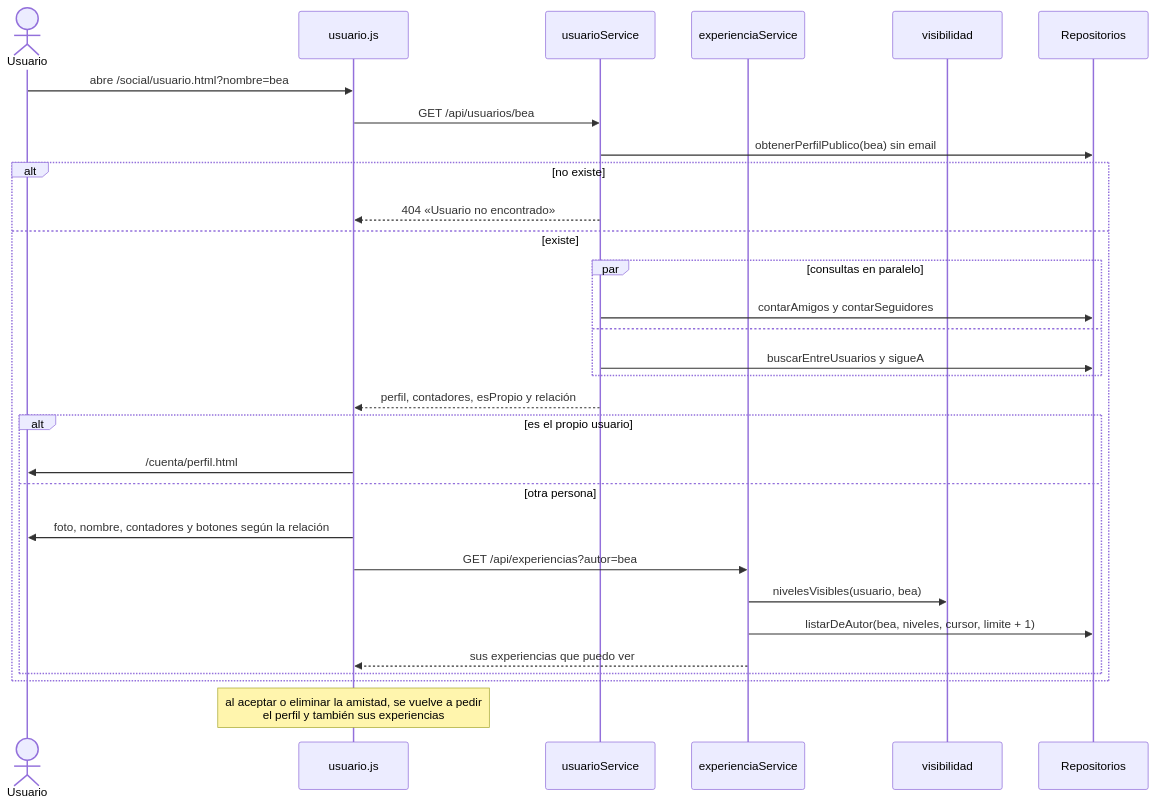
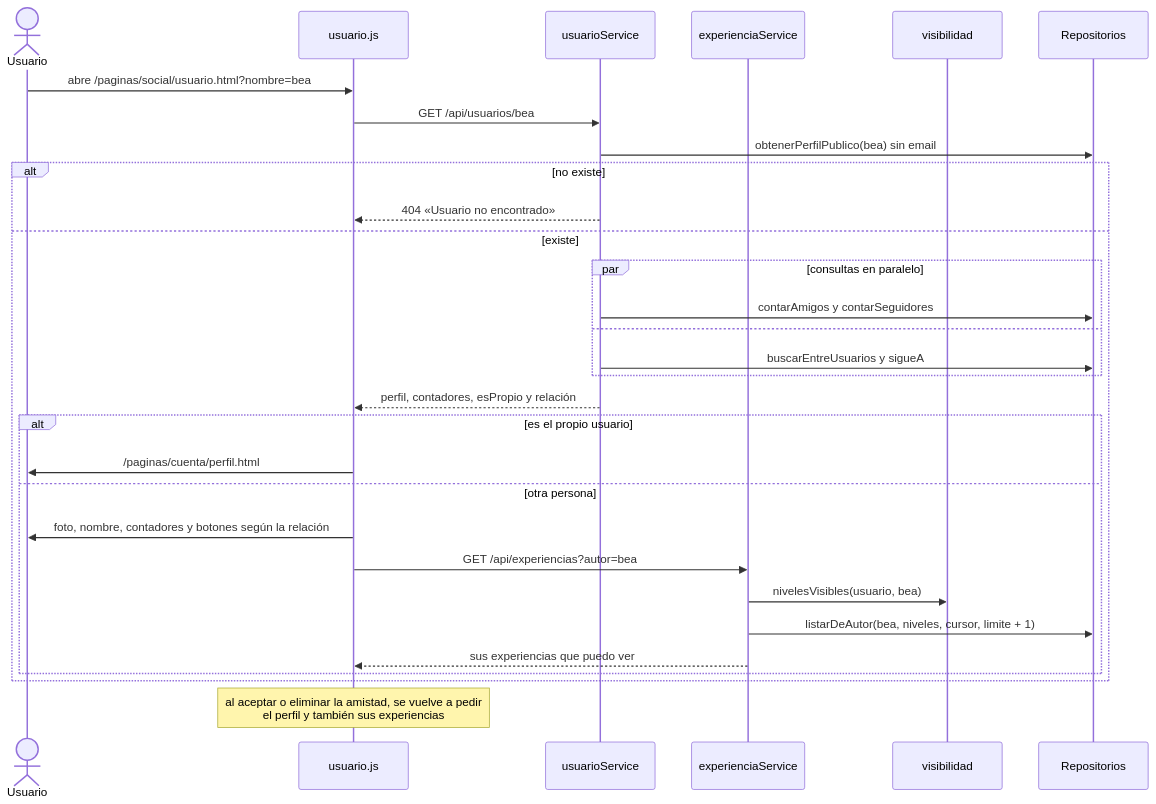
One commit to Matthew-PV/ISW-Practica changed the tenth of 16 diagrams in documentacion/flujos.md. Above: the diagram before and after it, drawn with Mermaid. The commit also changed other lines of this file and 110 other files, not shown here.

````diff
--- a/documentacion/flujos.md
+++ b/documentacion/flujos.md
@@ -404,32 +404,32 @@
 ```mermaid
 sequenceDiagram
   actor U as Usuario
   participant P as usuario.js
   participant US as usuarioService
   participant ES as experienciaService
   participant V as visibilidad
   participant DB as Repositorios
-  U->>P: abre /social/usuario.html?nombre=bea
+  U->>P: abre /paginas/social/usuario.html?nombre=bea
   P->>US: GET /api/usuarios/bea
   US->>DB: obtenerPerfilPublico(bea) sin email
   alt no existe
     US-->>P: 404 «Usuario no encontrado»
   else existe
     par consultas en paralelo
       US->>DB: contarAmigos y contarSeguidores
     and
       US->>DB: buscarEntreUsuarios y sigueA
     end
     US-->>P: perfil, contadores, esPropio y relación
     alt es el propio usuario
-      P->>U: /cuenta/perfil.html
+      P->>U: /paginas/cuenta/perfil.html
     else otra persona
       P->>U: foto, nombre, contadores y botones según la relación
       P->>ES: GET /api/experiencias?autor=bea
       ES->>V: nivelesVisibles(usuario, bea)
       ES->>DB: listarDeAutor(bea, niveles, cursor, limite + 1)
       ES-->>P: sus experiencias que puedo ver
     end
   end
   Note over P: al aceptar o eliminar la amistad, se vuelve a pedir<br/>el perfil y también sus experiencias
 ```
````
